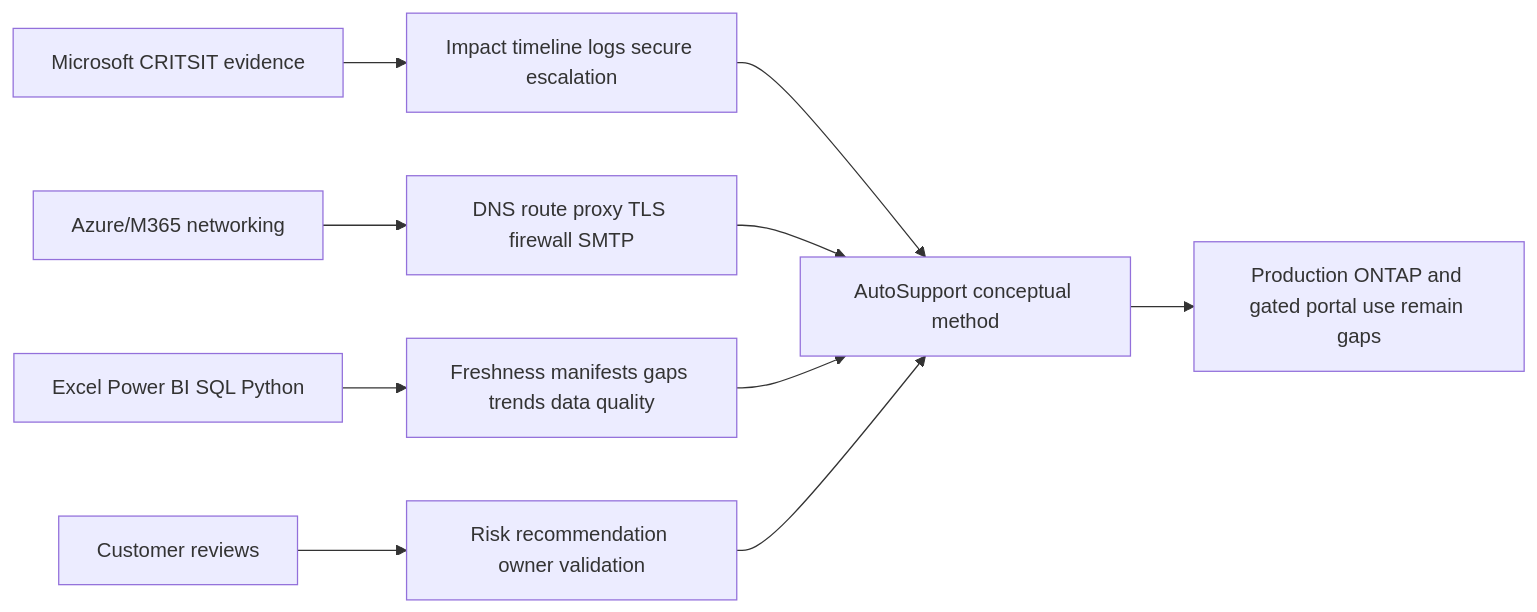
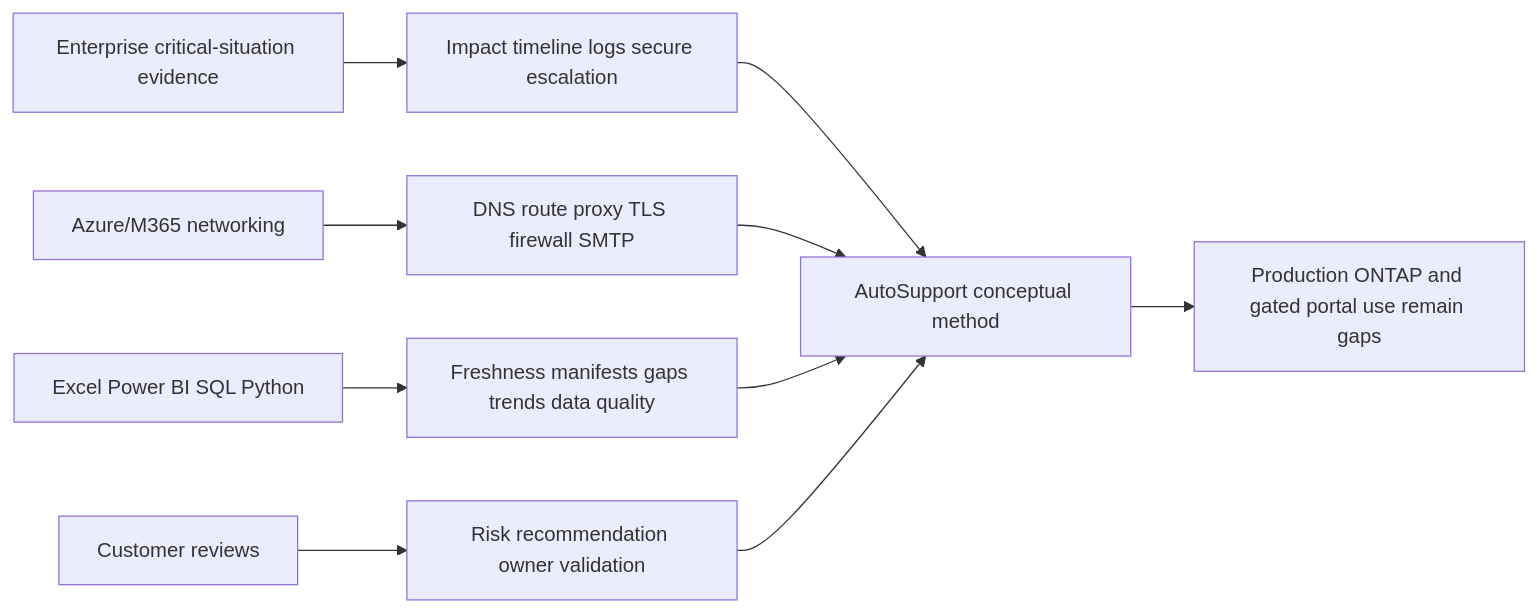
Diagram 19 of 20 in NetApp TAM/prep/Part-47-autosupport-architecture-delivery.md (hichauhan-in/Interview-Prep), drawn with Mermaid before and after one commit. The commit also changed other lines of this file and 493 other files, not shown here.

````diff
--- a/NetApp TAM/prep/Part-47-autosupport-architecture-delivery.md
+++ b/NetApp TAM/prep/Part-47-autosupport-architecture-delivery.md
@@ -721,12 +721,12 @@
 ```mermaid
 flowchart LR
-    CRIT[Microsoft CRITSIT evidence] --> SCOPE[Impact timeline logs secure escalation]
+    CRIT[Enterprise critical-situation evidence] --> SCOPE[Impact timeline logs secure escalation]
     AZ[Azure/M365 networking] --> PATH[DNS route proxy TLS firewall SMTP]
     BI[Excel Power BI SQL Python] --> DATA[Freshness manifests gaps trends data quality]
     REV[Customer reviews] --> STORY[Risk recommendation owner validation]
     SCOPE --> ASUP[AutoSupport conceptual method]
     PATH --> ASUP
     DATA --> ASUP
     STORY --> ASUP
     ASUP --> GAP[Production ONTAP and gated portal use remain gaps]
 ```
````
